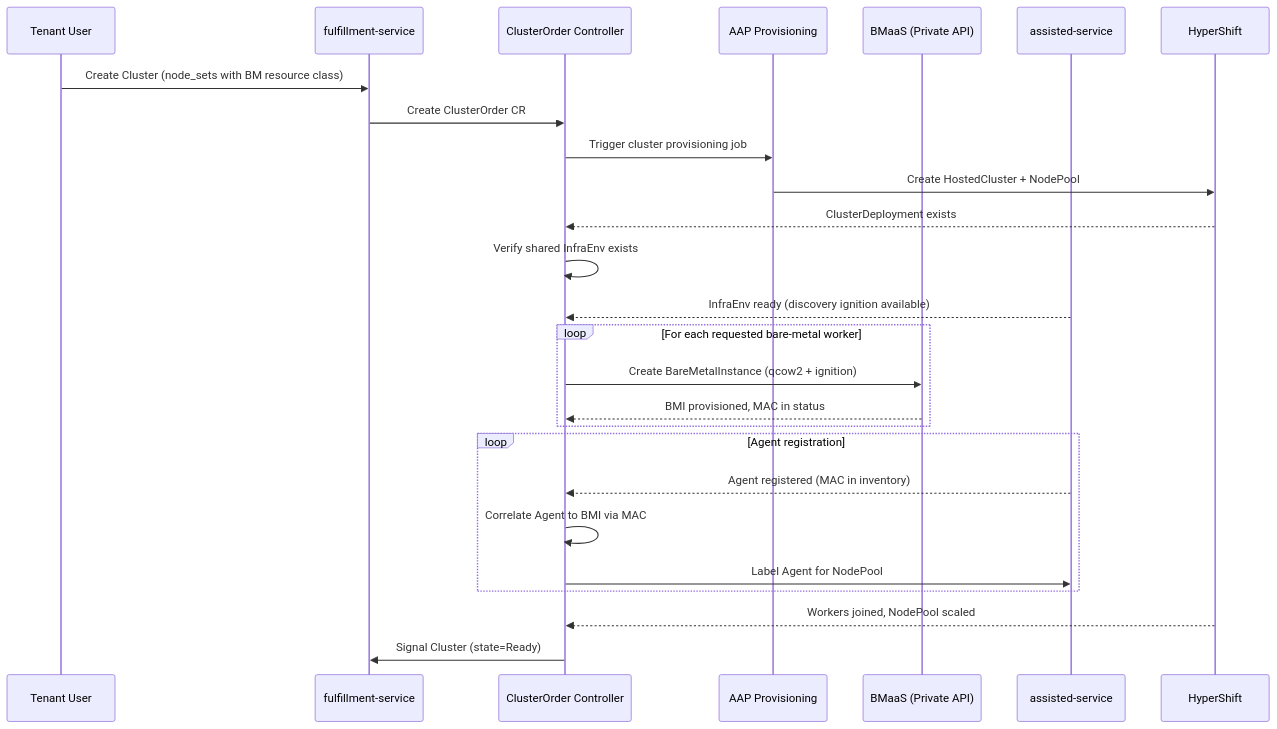
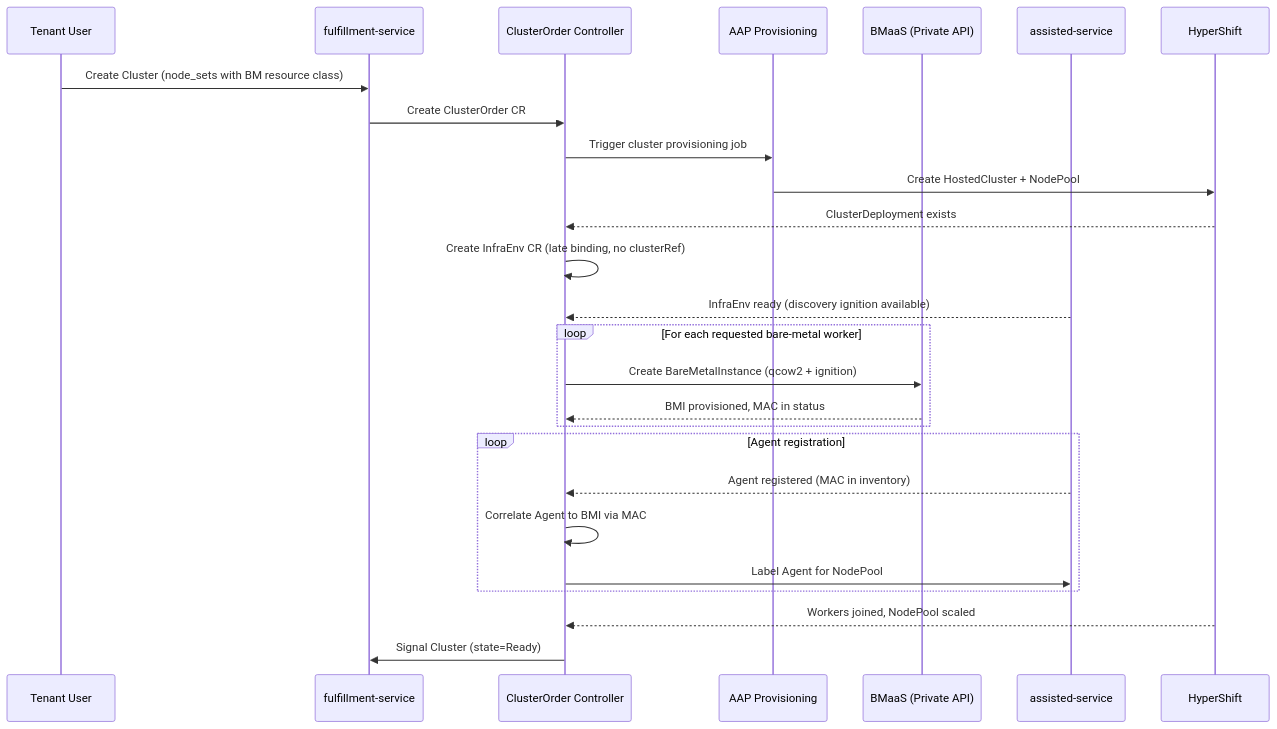
Before and after one commit to osac-project/enhancement-proposals: the first of 2 diagrams in enhancements/OSAC-2135-caas-bare-metal-worker-provisioning/design.md, drawn with Mermaid. The commit also changed other lines of this file, not shown here.

````diff
--- a/enhancements/OSAC-2135-caas-bare-metal-worker-provisioning/design.md
+++ b/enhancements/OSAC-2135-caas-bare-metal-worker-provisioning/design.md
@@ -77,34 +77,34 @@
 ```mermaid
 sequenceDiagram
     participant T as Tenant User
     participant FS as fulfillment-service
     participant CO as ClusterOrder Controller
     participant AAP as AAP Provisioning
     participant BMaaS as BMaaS (Private API)
     participant AS as assisted-service
     participant HCP as HyperShift
 
     T->>FS: Create Cluster (node_sets with BM resource class)
     FS->>CO: Create ClusterOrder CR
 
     CO->>AAP: Trigger cluster provisioning job
     AAP->>HCP: Create HostedCluster + NodePool
     HCP-->>CO: ClusterDeployment exists
 
-    CO->>CO: Verify shared InfraEnv exists
+    CO->>CO: Create InfraEnv CR (late binding, no clusterRef)
     AS-->>CO: InfraEnv ready (discovery ignition available)
 
     loop For each requested bare-metal worker
         CO->>BMaaS: Create BareMetalInstance (qcow2 + ignition)
         BMaaS-->>CO: BMI provisioned, MAC in status
     end
 
     loop Agent registration
         AS-->>CO: Agent registered (MAC in inventory)
         CO->>CO: Correlate Agent to BMI via MAC
         CO->>AS: Label Agent for NodePool
     end
 
     HCP-->>CO: Workers joined, NodePool scaled
     CO->>FS: Signal Cluster (state=Ready)
 ```
````
